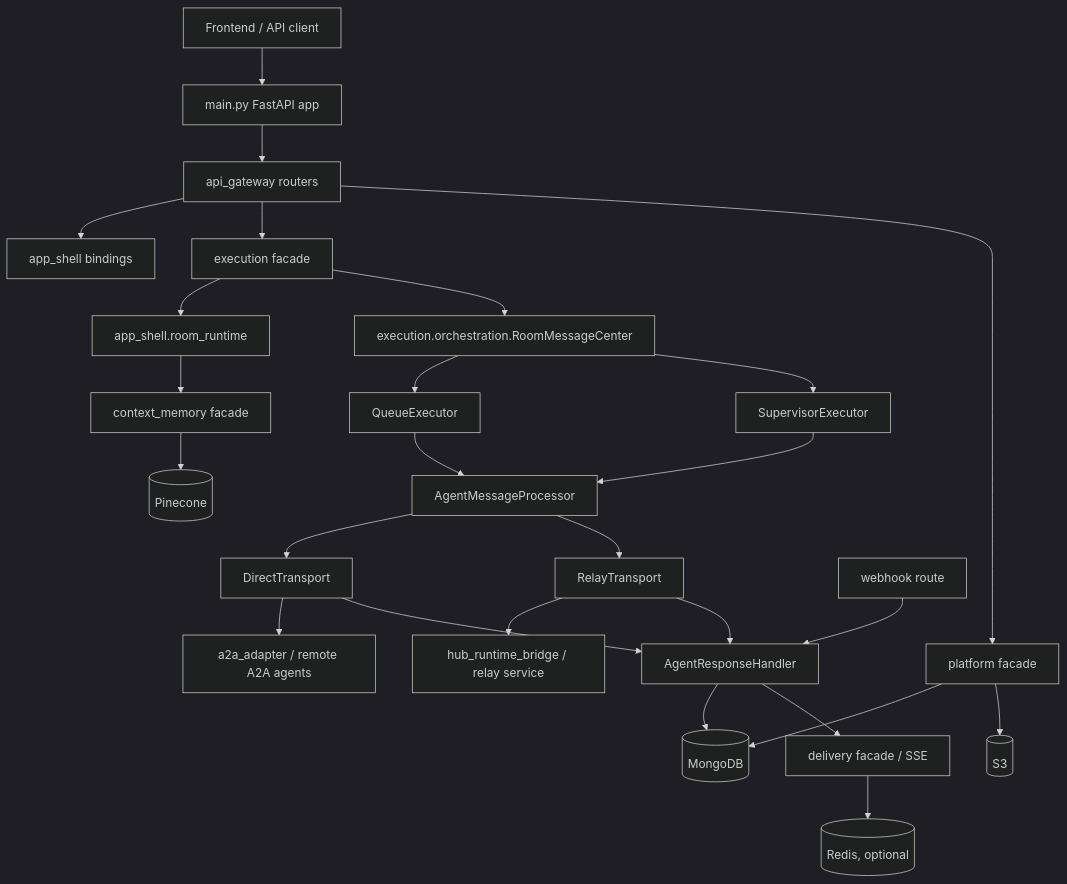
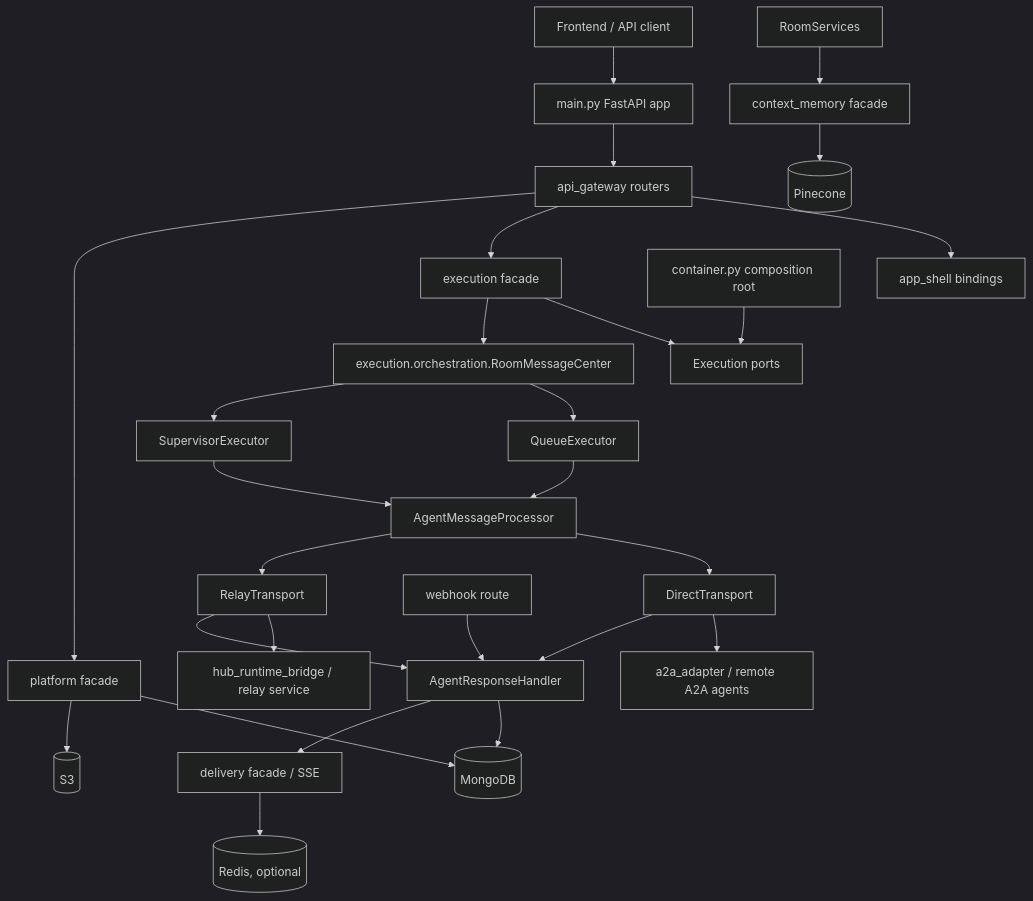
Before and after one commit to JeromeOvO/hybro: the diagram in docs/System-Architecture.md, drawn with Mermaid (dark theme). The commit also changed other lines of this file, not shown here.

Commit message:
docs: document execution port boundary

````diff
--- a/docs/System-Architecture.md
+++ b/docs/System-Architecture.md
@@ -25,32 +25,33 @@
 ```mermaid
 flowchart TD
     Client[Frontend / API client] --> FastAPI[main.py FastAPI app]
     FastAPI --> APIGateway[api_gateway routers]
     APIGateway --> AppShell[app_shell bindings]
     APIGateway --> Execution[execution facade]
     APIGateway --> Platform[platform facade]
 
-    Execution --> RoomServices[app_shell.room_runtime]
+    Container[container.py composition root] --> ExecutionPorts[Execution ports]
+    Execution --> ExecutionPorts
     Execution --> RoomMessageCenter[execution.orchestration.RoomMessageCenter]
     RoomMessageCenter --> QueueExecutor[QueueExecutor]
     RoomMessageCenter --> SupervisorExecutor[SupervisorExecutor]
     QueueExecutor --> AgentMessageProcessor[AgentMessageProcessor]
     SupervisorExecutor --> AgentMessageProcessor
 
     AgentMessageProcessor --> DirectTransport[DirectTransport]
     AgentMessageProcessor --> RelayTransport[RelayTransport]
     DirectTransport --> A2A[a2a_adapter / remote A2A agents]
     RelayTransport --> HubRelay[hub_runtime_bridge / relay service]
 
     DirectTransport --> ResponseHandler[AgentResponseHandler]
     RelayTransport --> ResponseHandler
     Webhook[webhook route] --> ResponseHandler
 
     ResponseHandler --> Mongo[(MongoDB)]
     ResponseHandler --> Delivery[delivery facade / SSE]
     RoomServices --> ContextMemory[context_memory facade]
     Platform --> Mongo
     Platform --> S3[(S3)]
     ContextMemory --> Pinecone[(Pinecone)]
     Delivery --> Redis[(Redis, optional)]
 ```
````
